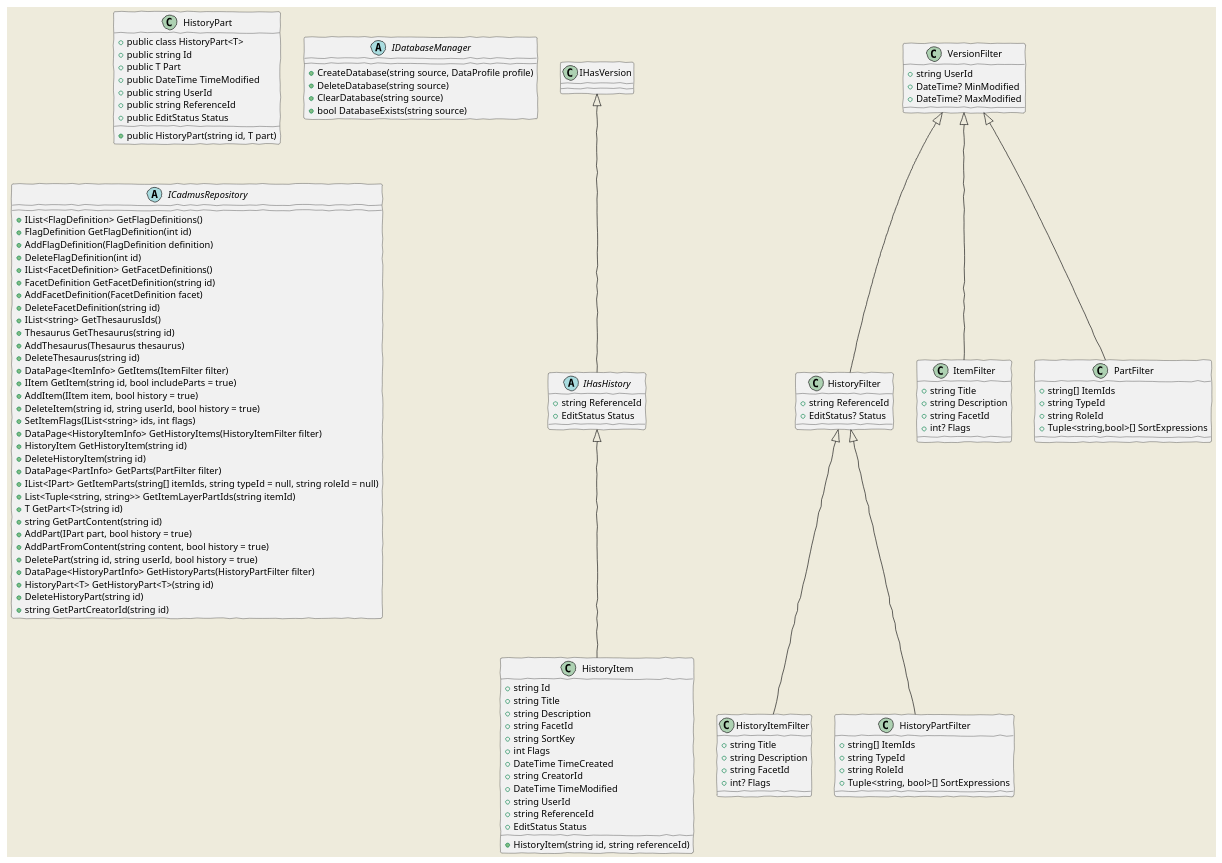
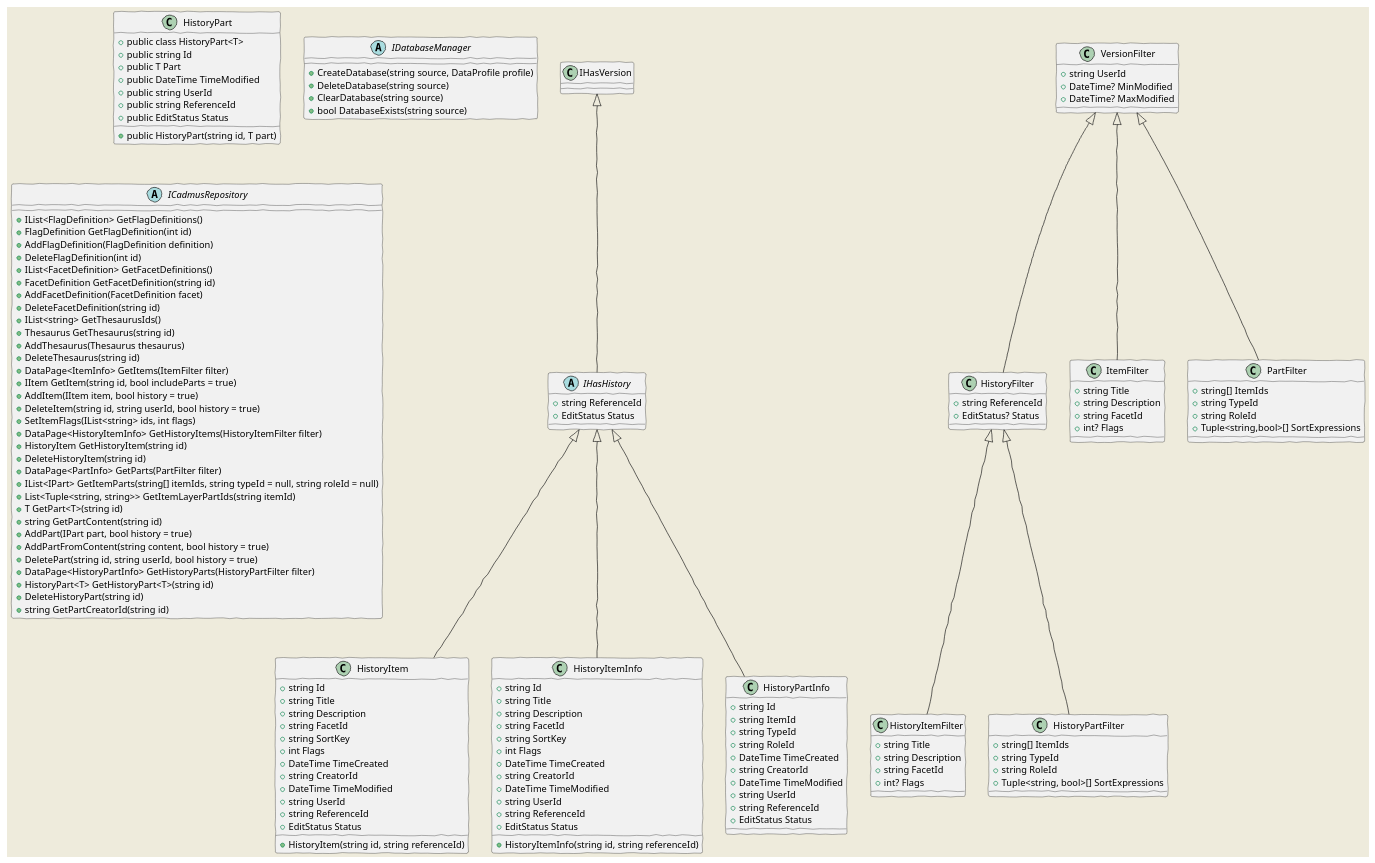
One commit to vedph/cadmus_core changed the fourth of 4 diagrams in Doc/core.md. Above: the diagram before and after it, drawn with PlantUML. The commit also changed other lines of this file and 1 other file, not shown here.

```diff
--- a/Doc/core.md
+++ b/Doc/core.md
@@ -577,6 +591,33 @@
     HistoryPart : +public EditStatus Status
     HistoryPart : +public HistoryPart(string id, T part)
 
+    IHasHistory <|-- HistoryItemInfo 
+    HistoryItemInfo : +string Id
+    HistoryItemInfo : +string Title
+    HistoryItemInfo : +string Description
+    HistoryItemInfo : +string FacetId
+    HistoryItemInfo : +string SortKey
+    HistoryItemInfo : +int Flags
+    HistoryItemInfo : +DateTime TimeCreated
+    HistoryItemInfo : +string CreatorId
+    HistoryItemInfo : +DateTime TimeModified
+    HistoryItemInfo : +string UserId
+    HistoryItemInfo : +string ReferenceId
+    HistoryItemInfo : +EditStatus Status
+    HistoryItemInfo : +HistoryItemInfo(string id, string referenceId)
+
+    IHasHistory <|-- HistoryPartInfo
+    HistoryPartInfo : +string Id
+    HistoryPartInfo : +string ItemId
+    HistoryPartInfo : +string TypeId
+    HistoryPartInfo : +string RoleId
+    HistoryPartInfo : +DateTime TimeCreated
+    HistoryPartInfo : +string CreatorId
+    HistoryPartInfo : +DateTime TimeModified
+    HistoryPartInfo : +string UserId
+    HistoryPartInfo : +string ReferenceId
+    HistoryPartInfo : +EditStatus Status
+
     abstract class IDatabaseManager
     IDatabaseManager : +CreateDatabase(string source, DataProfile profile)
     IDatabaseManager : +DeleteDatabase(string source)
```
